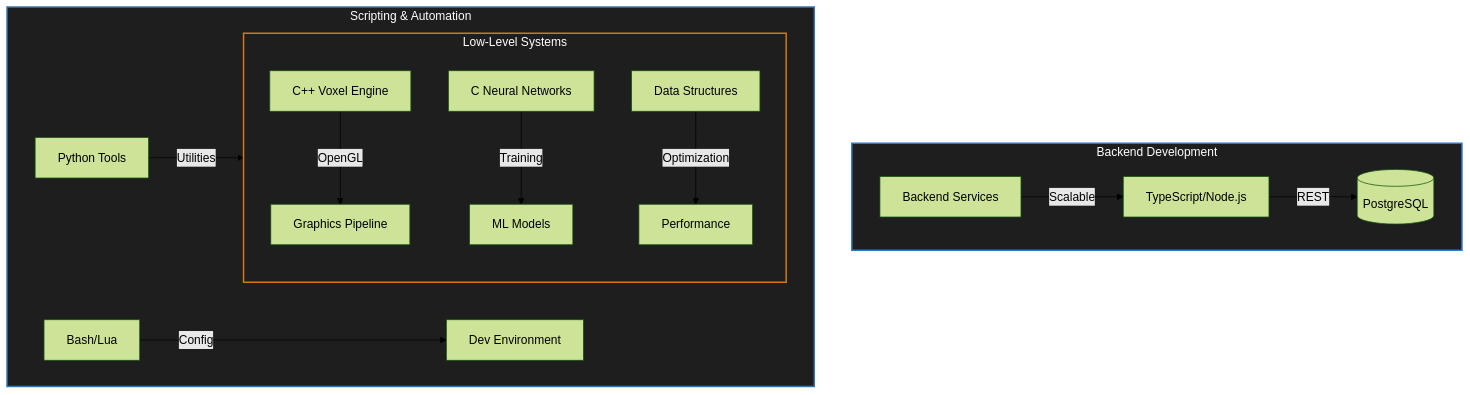
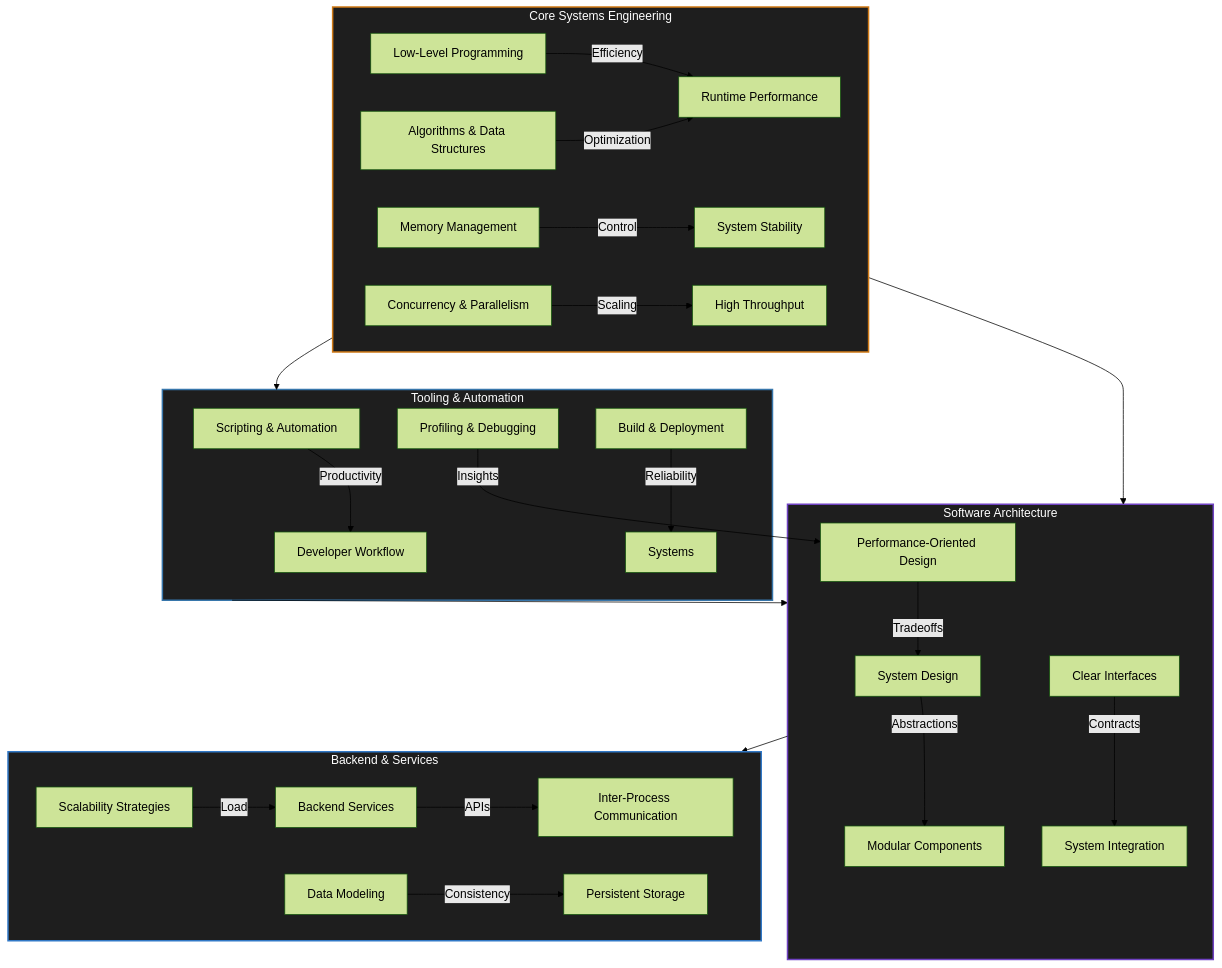
Before and after one commit to Krupanjac/krupanjac: the diagram in README.md, drawn with Mermaid (forest theme). The commit also changed other lines of this file, not shown here.

Commit message:
Revise Technical Focus and Technology Stack sections
Updated the technical focus and technology stack sections in the README to reflect new structures and technologies.

````diff
--- a/README.md
+++ b/README.md
@@ -26,22 +26,38 @@
 ```mermaid
 graph TD
-    subgraph Systems ["Low-Level Systems"]
-        Engine[C++ Voxel Engine] -->|OpenGL| GPU[Graphics Pipeline]
-        ML[C Neural Networks] -->|Training| Models[ML Models]
-        Algo[Data Structures] -->|Optimization| Perf[Performance]
-    end
-    
-    subgraph Backend ["Backend Development"]
-        API[TypeScript/Node.js] -->|REST| DB[(PostgreSQL)]
-        Services[Backend Services] -->|Scalable| API
-    end
-    
-    subgraph Tools ["Scripting & Automation"]
-        Python[Python Tools] -->|Utilities| Systems
-        Scripts[Bash/Lua] -->|Config| Dev[Dev Environment]
+    subgraph Core ["Core Systems Engineering"]
+        LowLevel[Low-Level Programming] -->|Efficiency| Runtime[Runtime Performance]
+        Memory[Memory Management] -->|Control| Stability[System Stability]
+        Concurrency[Concurrency & Parallelism] -->|Scaling| Throughput[High Throughput]
+        Algorithms[Algorithms & Data Structures] -->|Optimization| Runtime
     end
 
-    style Systems fill:#1e1e1e,stroke:#d07a16,stroke-width:2px,color:#fff
-    style Backend fill:#1e1e1e,stroke:#3178C6,stroke-width:2px,color:#fff
-    style Tools fill:#1e1e1e,stroke:#3776AB,stroke-width:2px,color:#fff
+    subgraph Architecture ["Software Architecture"]
+        Design[System Design] -->|Abstractions| Modules[Modular Components]
+        Interfaces[Clear Interfaces] -->|Contracts| Integration[System Integration]
+        Optimization[Performance-Oriented Design] -->|Tradeoffs| Design
+    end
+
+    subgraph Backend ["Backend & Services"]
+        Services[Backend Services] -->|APIs| Communication[Inter-Process Communication]
+        Data[Data Modeling] -->|Consistency| Storage[Persistent Storage]
+        Scaling[Scalability Strategies] -->|Load| Services
+    end
+
+    subgraph Tooling ["Tooling & Automation"]
+        Scripting[Scripting & Automation] -->|Productivity| Workflow[Developer Workflow]
+        Debugging[Profiling & Debugging] -->|Insights| Optimization
+        Build[Build & Deployment] -->|Reliability| Systems
+    end
+
+    Core --> Architecture
+    Architecture --> Backend
+    Core --> Tooling
+    Tooling --> Architecture
+
+    style Core fill:#1e1e1e,stroke:#d07a16,stroke-width:2px,color:#ffffff
+    style Architecture fill:#1e1e1e,stroke:#6f42c1,stroke-width:2px,color:#ffffff
+    style Backend fill:#1e1e1e,stroke:#3178C6,stroke-width:2px,color:#ffffff
+    style Tooling fill:#1e1e1e,stroke:#3776AB,stroke-width:2px,color:#ffffff
+
 ```
````
